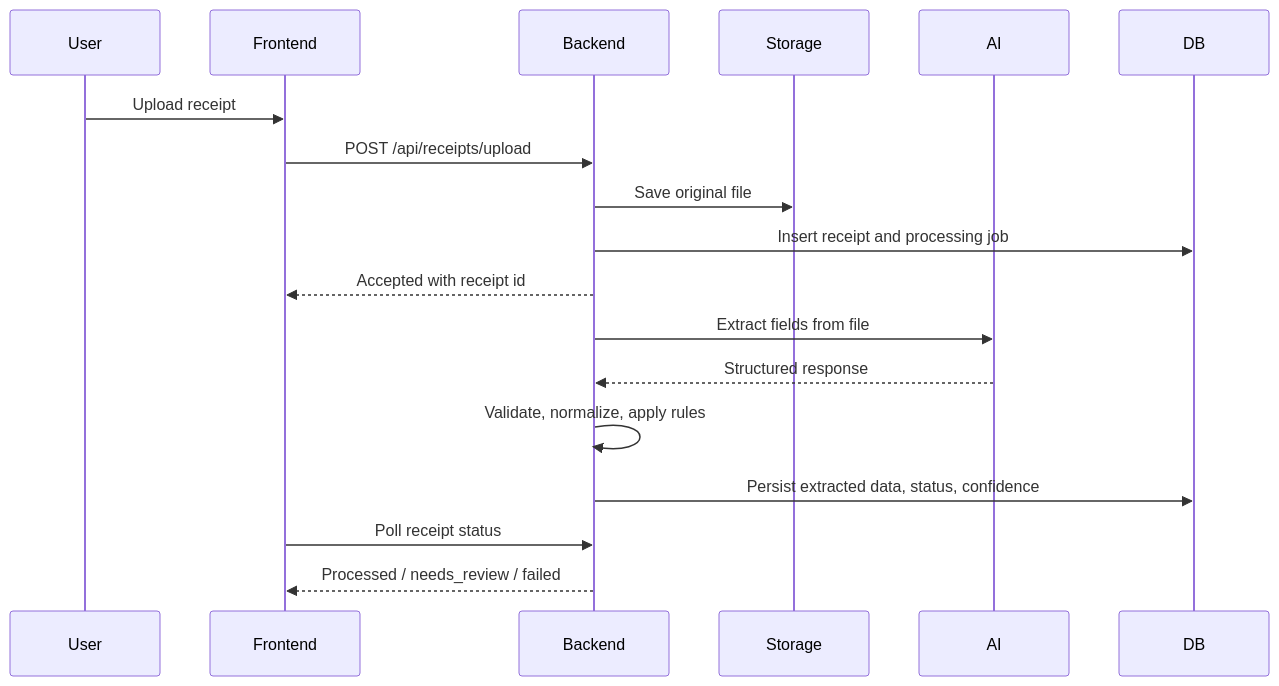
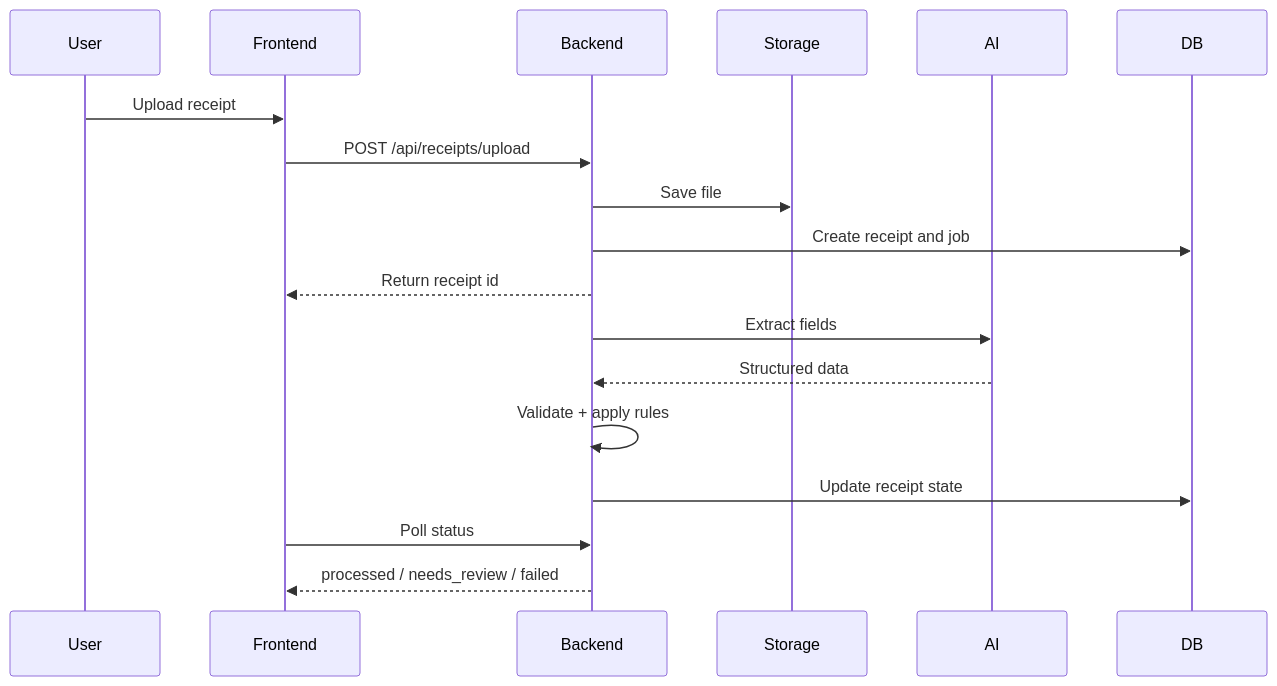
Before and after one commit to dushyant4665/receiptmind: the second of 2 diagrams in README.md, drawn with Mermaid. The commit also changed other lines of this file and 22 other files, not shown here.

````diff
--- a/README.md
+++ b/README.md
@@ -26,21 +23,21 @@
 ```mermaid
 sequenceDiagram
     participant User
     participant Frontend
     participant Backend
     participant Storage
     participant AI
     participant DB
 
     User->>Frontend: Upload receipt
     Frontend->>Backend: POST /api/receipts/upload
-    Backend->>Storage: Save original file
-    Backend->>DB: Insert receipt and processing job
-    Backend-->>Frontend: Accepted with receipt id
-    Backend->>AI: Extract fields from file
-    AI-->>Backend: Structured response
-    Backend->>Backend: Validate, normalize, apply rules
-    Backend->>DB: Persist extracted data, status, confidence
-    Frontend->>Backend: Poll receipt status
-    Backend-->>Frontend: Processed / needs_review / failed
+    Backend->>Storage: Save file
+    Backend->>DB: Create receipt and job
+    Backend-->>Frontend: Return receipt id
+    Backend->>AI: Extract fields
+    AI-->>Backend: Structured data
+    Backend->>Backend: Validate + apply rules
+    Backend->>DB: Update receipt state
+    Frontend->>Backend: Poll status
+    Backend-->>Frontend: processed / needs_review / failed
 ```
````
